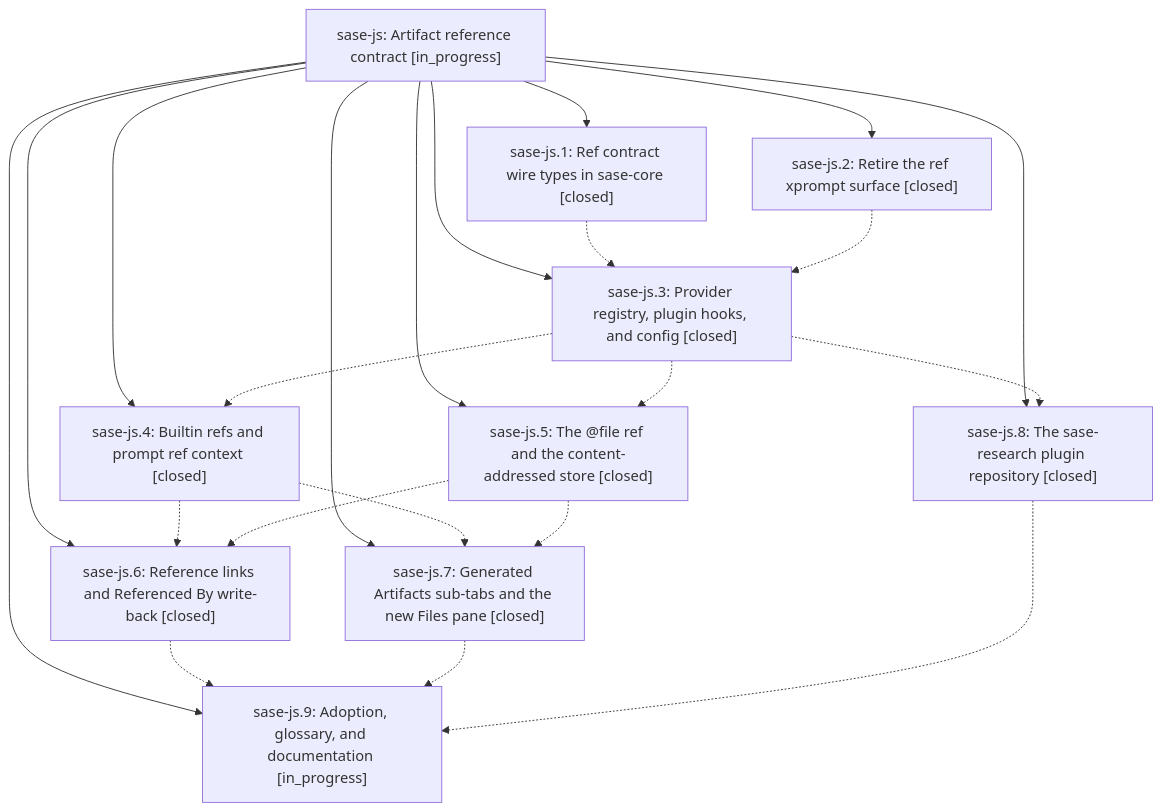
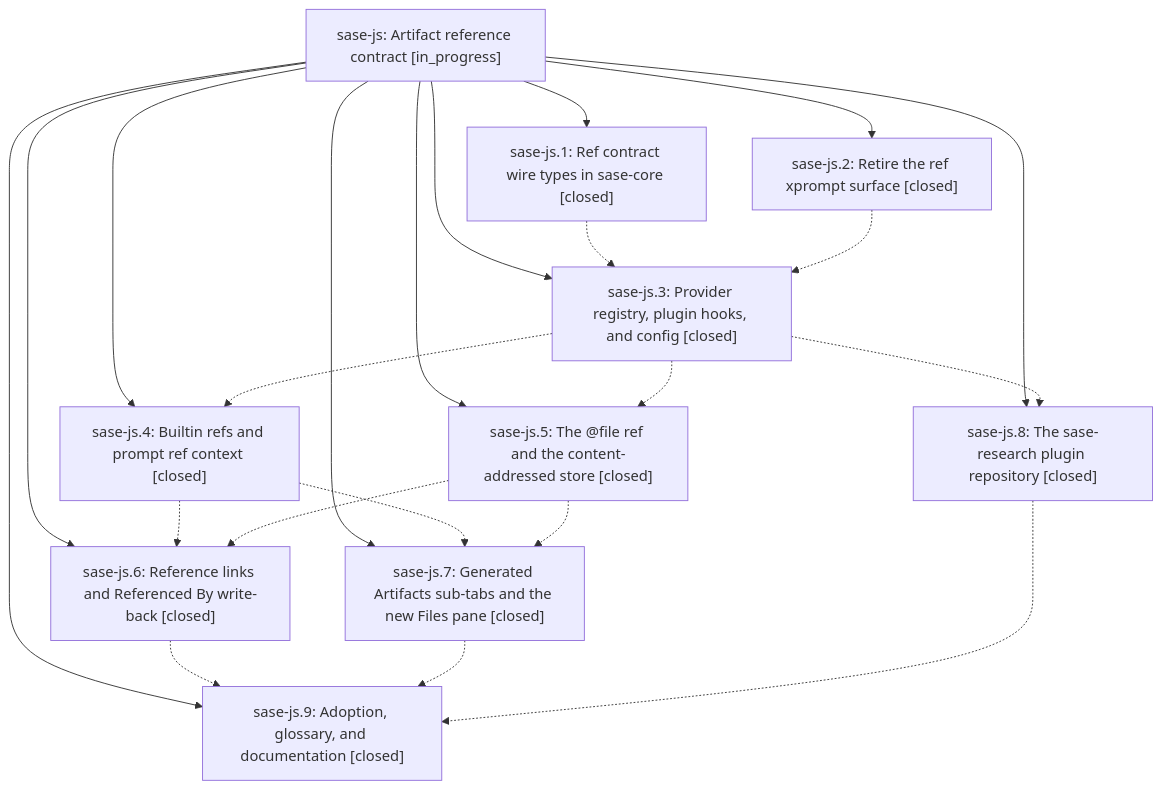
One commit to sase-org/sase--beads changed the diagram in pages/sase-js/README.md. Above: the diagram before and after it, drawn with Mermaid. The commit also changed other lines of this file and 4 other files, not shown here.

````diff
--- a/pages/sase-js/README.md
+++ b/pages/sase-js/README.md
@@ -30,34 +30,34 @@
 ```mermaid
 flowchart TD
     n0["sase-js: Artifact reference contract [in_progress]"]
     n1["sase-js.1: Ref contract wire types in sase-core [closed]"]
     n2["sase-js.2: Retire the ref xprompt surface [closed]"]
     n3["sase-js.3: Provider registry, plugin hooks, and config [closed]"]
     n4["sase-js.4: Builtin refs and prompt ref context [closed]"]
     n5["sase-js.5: The @file ref and the content-addressed store [closed]"]
     n6["sase-js.6: Reference links and Referenced By write-back [closed]"]
     n7["sase-js.7: Generated Artifacts sub-tabs and the new Files pane [closed]"]
     n8["sase-js.8: The sase-research plugin repository [closed]"]
-    n9["sase-js.9: Adoption, glossary, and documentation [in_progress]"]
+    n9["sase-js.9: Adoption, glossary, and documentation [closed]"]
     n0 --> n1
     n0 --> n2
     n0 --> n3
     n0 --> n4
     n0 --> n5
     n0 --> n6
     n0 --> n7
     n0 --> n8
     n0 --> n9
     n1 -.-> n3
     n2 -.-> n3
     n3 -.-> n4
     n3 -.-> n5
     n3 -.-> n8
     n4 -.-> n6
     n4 -.-> n7
     n5 -.-> n6
     n5 -.-> n7
     n6 -.-> n9
     n7 -.-> n9
     n8 -.-> n9
 ```
````
